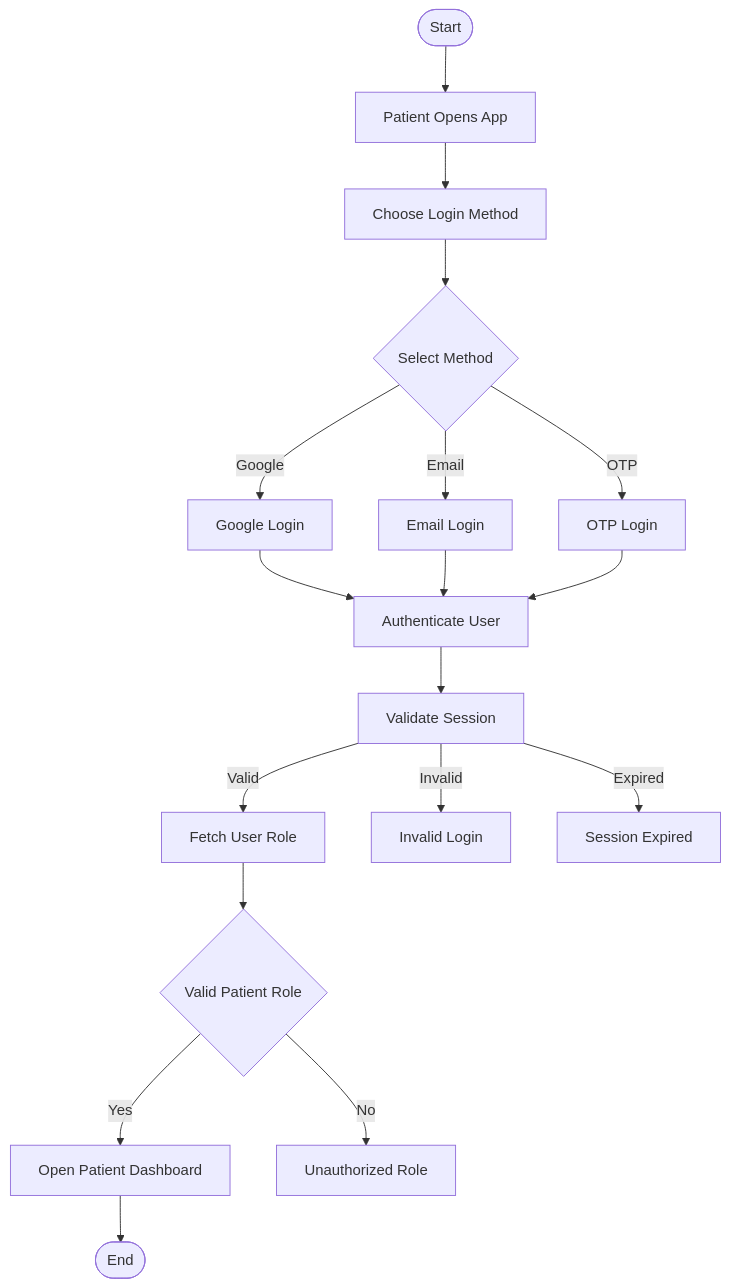
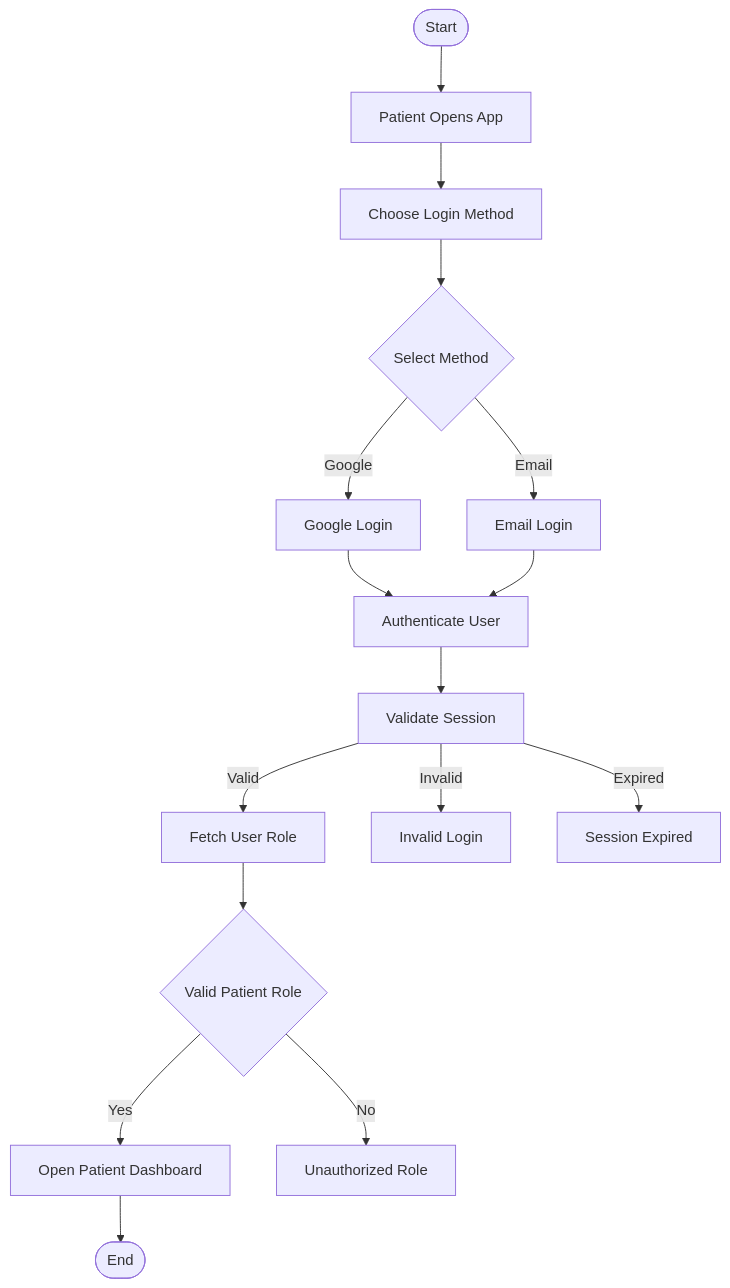
One commit to RobinMitra30/Online_Consultation_System changed the second of 12 diagrams in ARCHITECTURE.md. Above: the diagram before and after it, drawn with Mermaid. The commit also changed other lines of this file, not shown here.

````diff
--- a/ARCHITECTURE.md
+++ b/ARCHITECTURE.md
@@ -55,55 +55,52 @@
 ```mermaid
 flowchart TD
 
     A([Start])
 
     B[Patient Opens App]
 
     C[Choose Login Method]
 
     D{Select Method}
 
     E[Google Login]
     F[Email Login]
-    G[OTP Login]
 
     H[Authenticate User]
 
     I[Validate Session]
 
     J[Fetch User Role]
 
     K{Valid Patient Role}
 
     L[Open Patient Dashboard]
 
     M([End])
 
     N[Invalid Login]
 
     O[Session Expired]
 
     P[Unauthorized Role]
 
     A --> B --> C --> D
 
     D -- Google --> E
     D -- Email --> F
-    D -- OTP --> G
 
     E --> H
     F --> H
-    G --> H
 
     H --> I
 
     I -- Invalid --> N
     I -- Expired --> O
     I -- Valid --> J
 
     J --> K
 
     K -- Yes --> L --> M
 
     K -- No --> P
 ```
````
